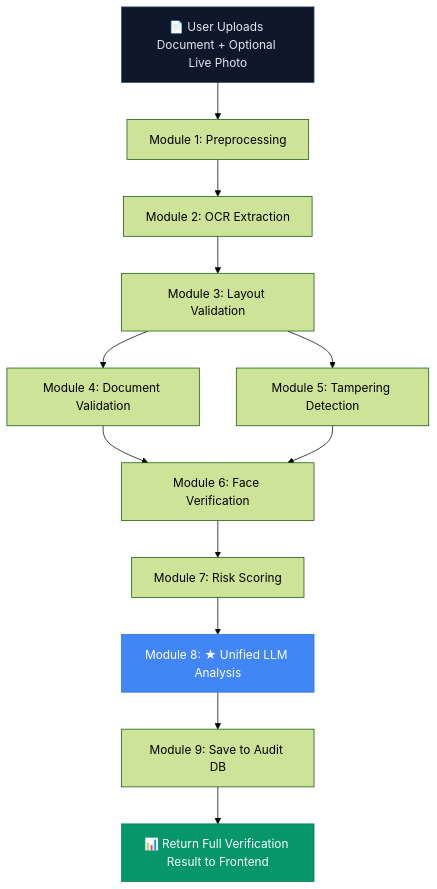
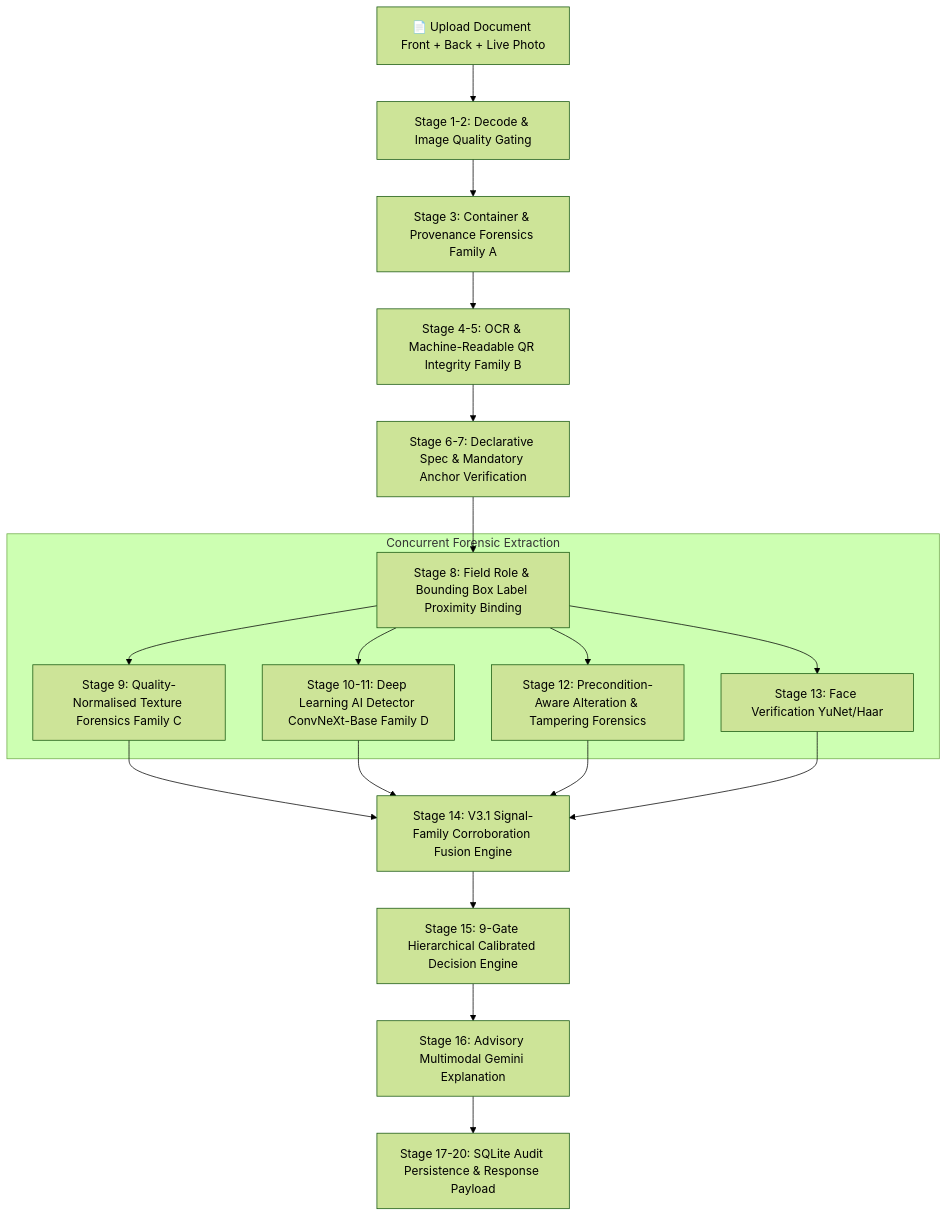
One commit to parthsoni10/SIH changed the diagram in README.md. Above: the diagram before and after it, drawn with Mermaid (forest theme). The commit also changed other lines of this file and 105 other files, not shown here.

Commit message:
feat: complete Sentinel V3.3 global document coverage architecture, forensic modules, UI components, and test suite

````diff
--- a/README.md
+++ b/README.md
@@ -86,18 +101,20 @@
 ```mermaid
 flowchart TD
-    A[📄 User Uploads Document + Optional Live Photo] --> B[Module 1: Preprocessing]
-    B --> C[Module 2: OCR Extraction]
-    C --> D[Module 3: Layout Validation]
-    D --> E[Module 4: Document Validation]
-    D --> F[Module 5: Tampering Detection]
-    E --> G[Module 6: Face Verification]
-    F --> G
-    G --> H[Module 7: Risk Scoring]
-    H --> I[Module 8: ★ Unified LLM Analysis]
-    I --> J[Module 9: Save to Audit DB]
-    J --> K[📊 Return Full Verification Result to Frontend]
-
-    style I fill:#4285F4,stroke:#1a73e8,color:#fff
-    style A fill:#0f172a,stroke:#334155,color:#e2e8f0
-    style K fill:#059669,stroke:#047857,color:#fff
+    A[📄 Upload Document Front + Back + Live Photo] --> B[Stage 1-2: Decode & Image Quality Gating]
+    B --> C[Stage 3: Container & Provenance Forensics Family A]
+    C --> D[Stage 4-5: OCR & Machine-Readable QR Integrity Family B]
+    D --> E[Stage 6-7: Declarative Spec & Mandatory Anchor Verification]
+    E --> F[Stage 8: Field Role & Bounding Box Label Proximity Binding]
+    
+    subgraph Concurrent Forensic Extraction
+        F --> G1[Stage 9: Quality-Normalised Texture Forensics Family C]
+        F --> G2[Stage 10-11: Deep Learning AI Detector ConvNeXt-Base Family D]
+        F --> G3[Stage 12: Precondition-Aware Alteration & Tampering Forensics]
+        F --> G4[Stage 13: Face Verification YuNet/Haar]
+    end
+    
+    G1 & G2 & G3 & G4 --> H[Stage 14: V3.1 Signal-Family Corroboration Fusion Engine]
+    H --> I[Stage 15: 9-Gate Hierarchical Calibrated Decision Engine]
+    I --> J[Stage 16: Advisory Multimodal Gemini Explanation]
+    J --> K[Stage 17-20: SQLite Audit Persistence & Response Payload]
 ```
````
